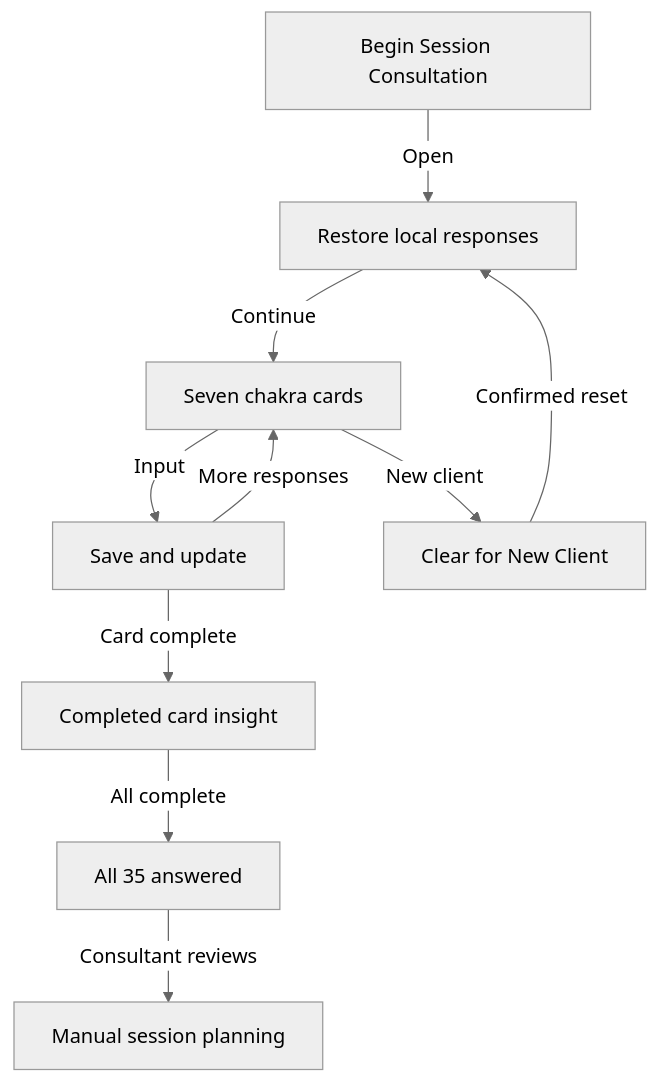
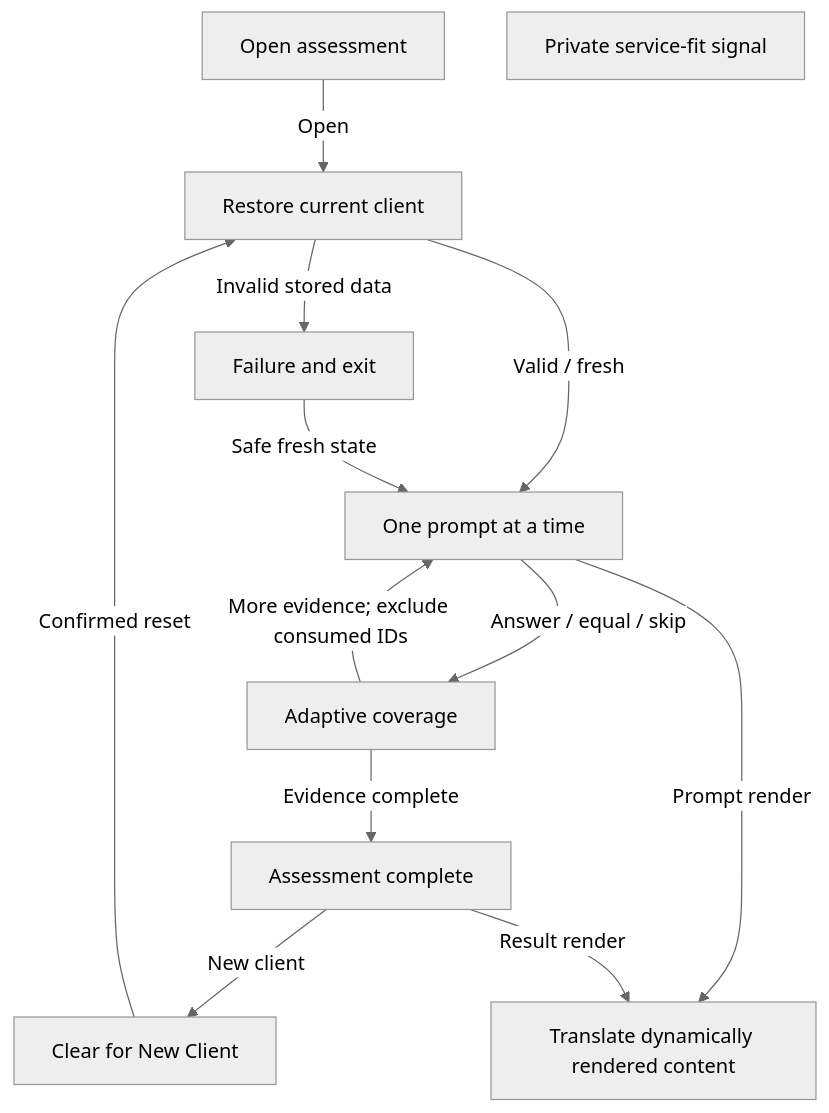
One commit to missionode/lite changed diagram 28 of 29 in docs/app-map/FLOW-REFERENCE.md. Above: the diagram before and after it, drawn with Mermaid (neutral theme). The commit also changed other lines of this file and 9 other files, not shown here.

````diff
--- a/docs/app-map/FLOW-REFERENCE.md
+++ b/docs/app-map/FLOW-REFERENCE.md
@@ -1251,20 +1251,23 @@
 ```mermaid
 flowchart TD
-  lobby["Begin Session Consultation"]
-  restore["Restore local responses"]
-  answer["Seven chakra cards"]
-  save["Save and update"]
-  card["Completed card insight"]
-  review["All 35 answered"]
-  manual["Manual session planning"]
+  lobby["Open assessment"]
+  restore["Restore current client"]
+  interview["One prompt at a time"]
+  coverage["Adaptive coverage"]
+  result["Assessment complete"]
+  dot["Private service-fit signal"]
   clear["Clear for New Client"]
+  translate["Translate dynamically rendered content"]
+  failure["Failure and exit"]
   lobby -->|"Open"| restore
-  restore -->|"Continue"| answer
-  answer -->|"Input"| save
-  save -->|"Card complete"| card
-  save -->|"More responses"| answer
-  card -->|"All complete"| review
-  review -->|"Consultant reviews"| manual
-  answer -->|"New client"| clear
+  restore -->|"Valid / fresh"| interview
+  interview -->|"Answer / equal / skip"| coverage
+  coverage -->|"More evidence; exclude consumed IDs"| interview
+  coverage -->|"Evidence complete"| result
+  result -->|"New client"| clear
   clear -->|"Confirmed reset"| restore
+  interview -->|"Prompt render"| translate
+  result -->|"Result render"| translate
+  restore -->|"Invalid stored data"| failure
+  failure -->|"Safe fresh state"| interview
 ```
````
